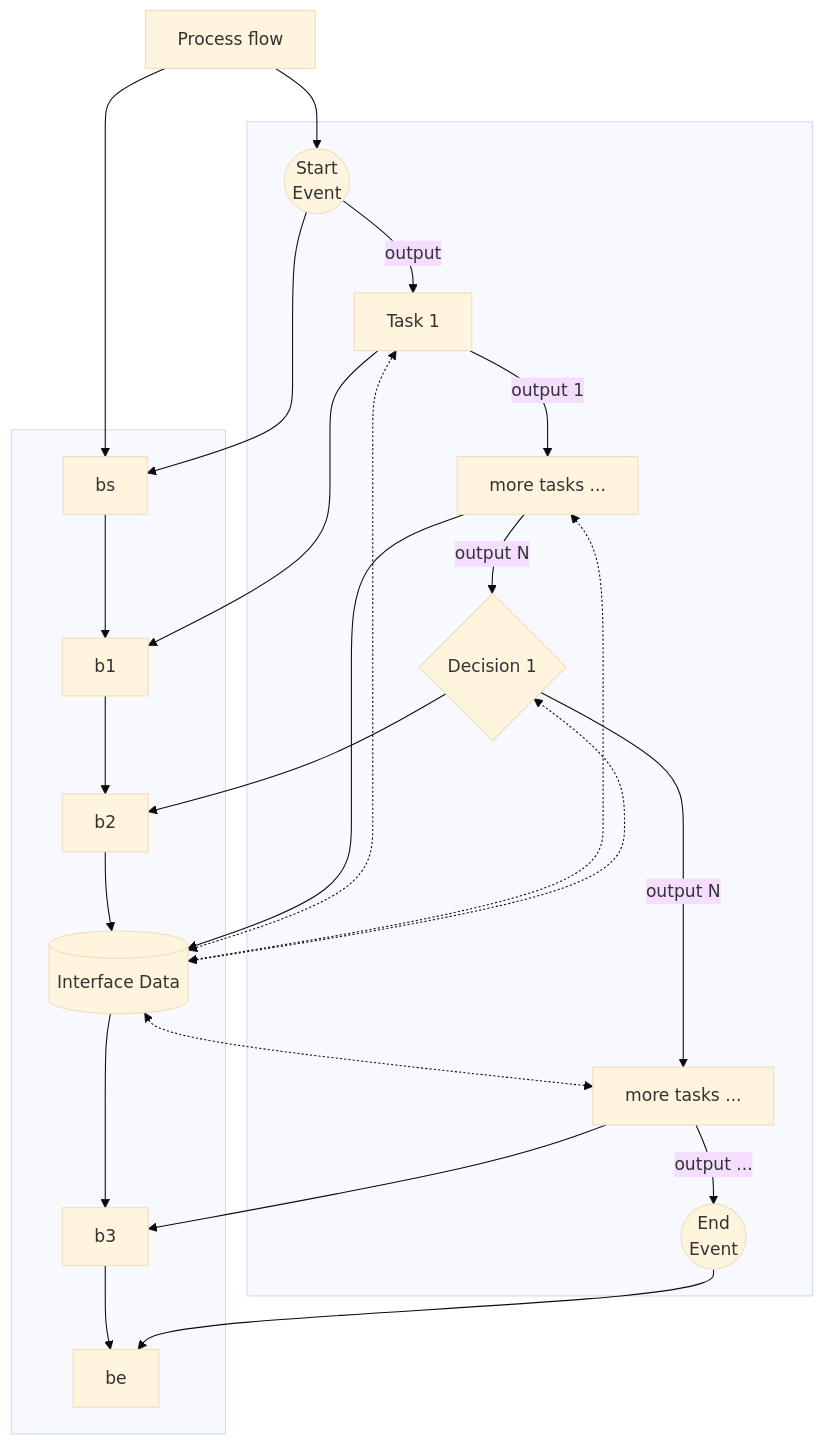
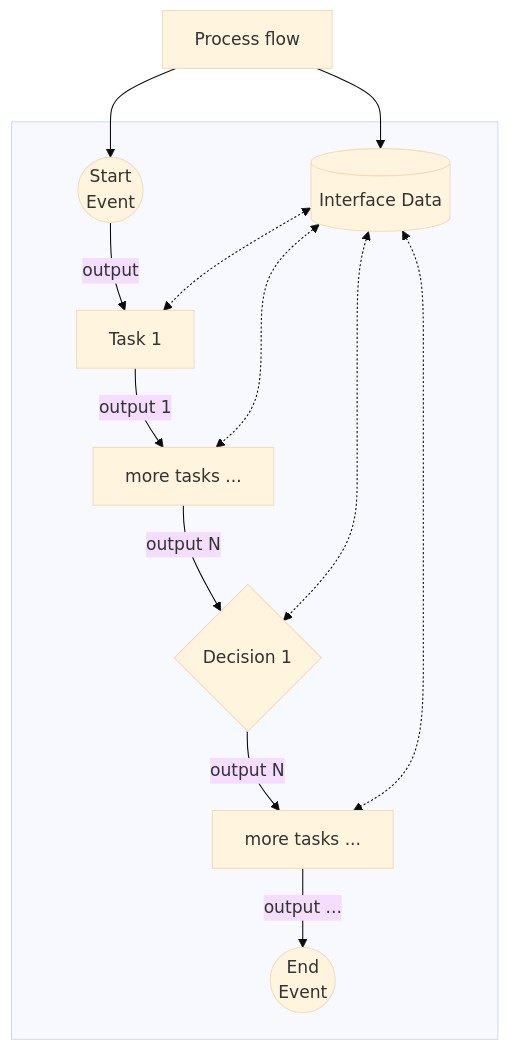
Before and after one commit to Paulo-Reis-Rosa/test-git-commands: the fifth of 6 diagrams in README.md, drawn with Mermaid (base theme).

Commit message:
Revise mermaid diagram in README
Updated the mermaid diagram for process flow and interface data.

````diff
--- a/README.md
+++ b/README.md
@@ -190,35 +190,16 @@
 ```mermaid
-graph TD
-	w[Process flow];
-
-	subgraph  ;
-		se((Start<br>Event))-->|output|t1[Task 1];
-		t1-->|output 1|t2[more tasks ...];
-		t2-->|output N|d1{Decision 1};
-		d1-->|output N|t3[more tasks ...];
-		t3-->|output ...|ed((End<br>Event));
-	end
-
-	subgraph  ;
-		bs --> b1;
-		b1 --> b2;
-		b2 --> i1[(Interface Data)];
-		i1 --> b3;
-		b3 --> be;
-	end;
-
-	w-->se;
-	w-->bs;
-
-	se-->bs;
-	t1-->b1;
-	t2-->i1;
-	d1-->b2;
-	t3-->b3;
-	ed-->be;
-
-	i1<-.->t1;
-	i1<-.->t2;
-	i1<-.->t3;
-	i1<-.->d1;
+	graph TD
+		pf[Process flow] f1@--> se & i1;
+		subgraph  ;
+			se((Start<br>Event))-->|output|t1[Task 1];
+			t1-->|output 1|t2[more tasks ...];
+			t2-->|output N|d1{Decision 1};
+			d1-->|output N|t3[more tasks ...];
+			t3-->|output ...|ed((End<br>Event));
+			i1[(Interface Data)]
+		end
+		i1<-.->t1;
+		i1<-.->t2;
+		i1<-.->t3;
+		i1<-.->d1;
 ```
````
